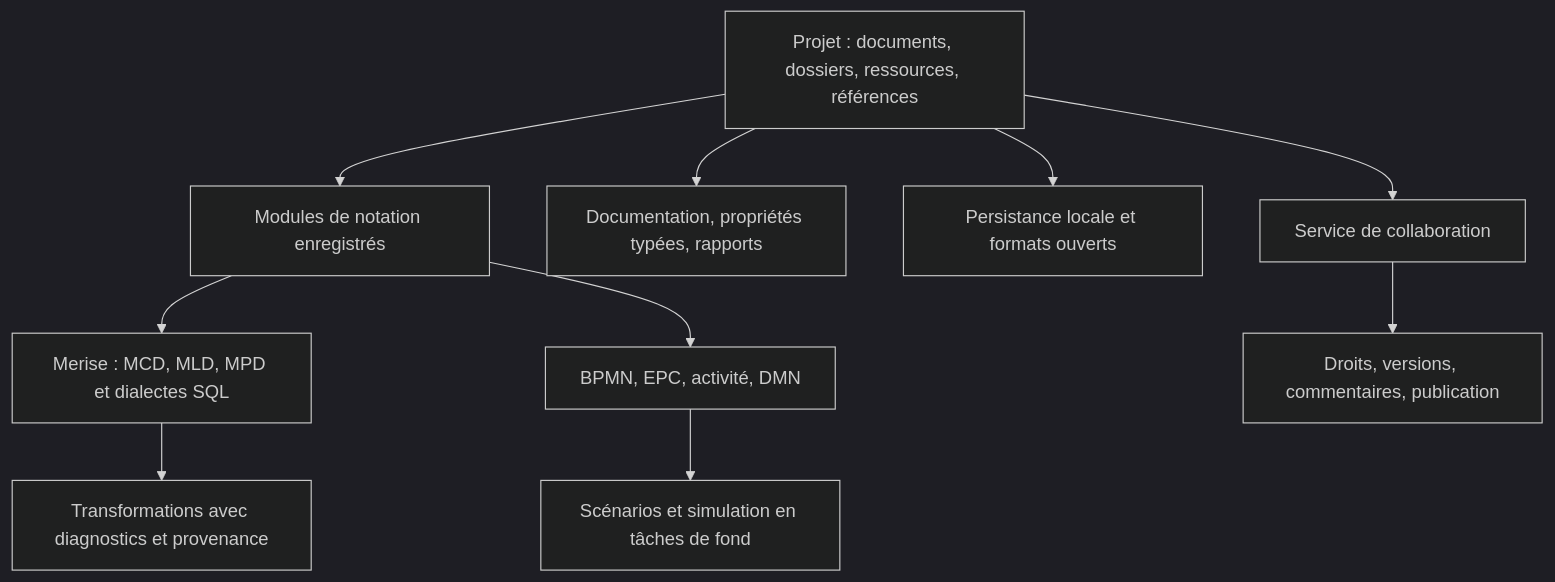
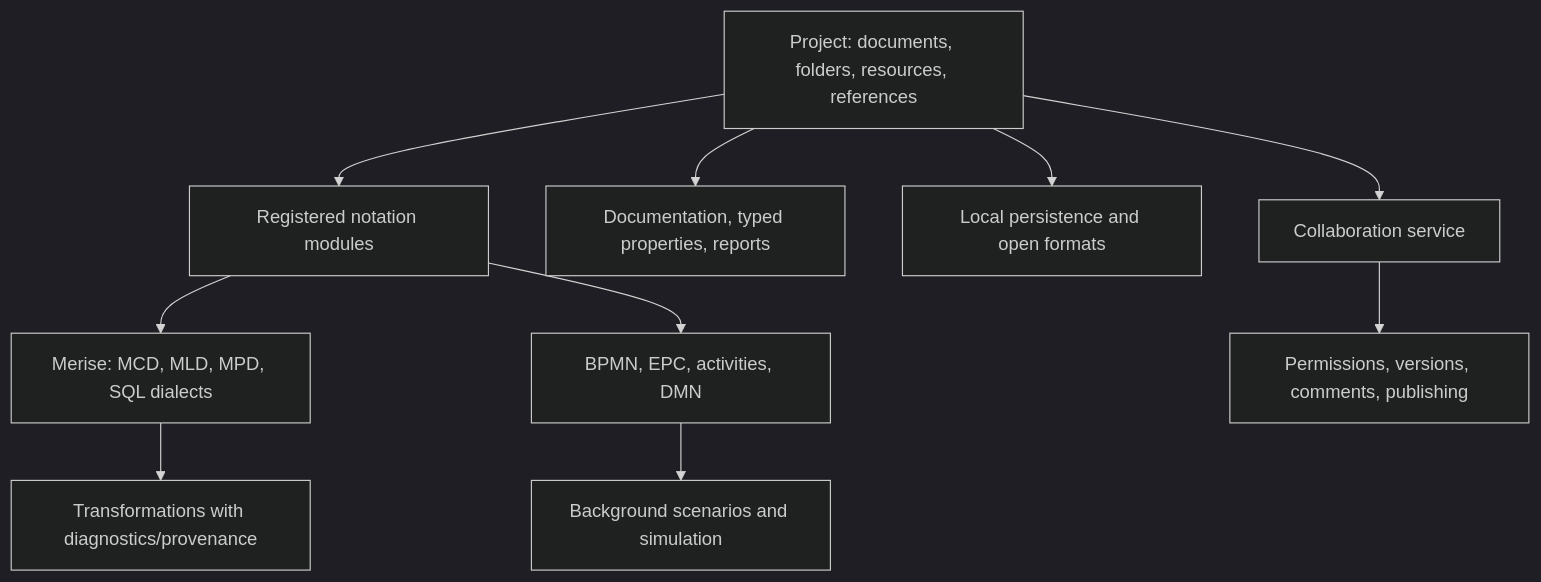
One commit to linventif/open-process changed the diagram in docs/parite-looping-bizagi.md. Above: the diagram before and after it, drawn with Mermaid (dark theme). The commit also changed other lines of this file and 20 other files, not shown here.

Commit message:
docs: make English the default project documentation language

````diff
--- a/docs/parite-looping-bizagi.md
+++ b/docs/parite-looping-bizagi.md
@@ -146,12 +140,12 @@
 ```mermaid
 flowchart TD
-    Project["Projet : documents, dossiers, ressources, références"] --> Notations["Modules de notation enregistrés"]
-    Notations --> Data["Merise : MCD, MLD, MPD et dialectes SQL"]
-    Notations --> Process["BPMN, EPC, activité, DMN"]
-    Project --> Docs["Documentation, propriétés typées, rapports"]
-    Process --> Simulation["Scénarios et simulation en tâches de fond"]
-    Data --> Conversion["Transformations avec diagnostics et provenance"]
-    Project --> Local["Persistance locale et formats ouverts"]
-    Project --> OptionalServer["Service de collaboration"]
-    OptionalServer --> Governance["Droits, versions, commentaires, publication"]
+    Project["Project: documents, folders, resources, references"] --> Notations["Registered notation modules"]
+    Notations --> Data["Merise: MCD, MLD, MPD, SQL dialects"]
+    Notations --> Process["BPMN, EPC, activities, DMN"]
+    Project --> Docs["Documentation, typed properties, reports"]
+    Process --> Simulation["Background scenarios and simulation"]
+    Data --> Conversion["Transformations with diagnostics/provenance"]
+    Project --> Local["Local persistence and open formats"]
+    Project --> OptionalServer["Collaboration service"]
+    OptionalServer --> Governance["Permissions, versions, comments, publishing"]
 ```
````
